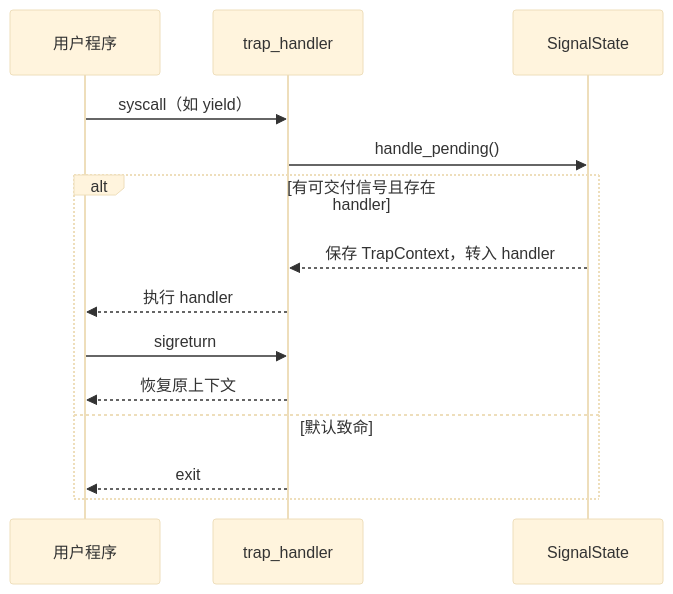
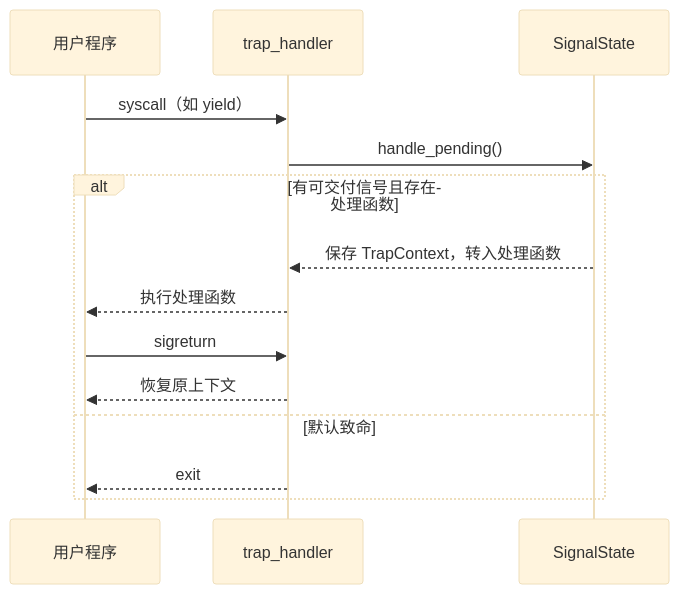
One commit to AM-SuSh/EVOLVE changed the second of 2 diagrams in os-lab/labs/lab7-ipc-signal.md. Above: the diagram before and after it, drawn with Mermaid (base theme). The commit also changed other lines of this file and 18 other files, not shown here.

````diff
--- a/os-lab/labs/lab7-ipc-signal.md
+++ b/os-lab/labs/lab7-ipc-signal.md
@@ -164,16 +167,16 @@
 ```mermaid
 sequenceDiagram
     participant U as 用户程序
     participant T as trap_handler
     participant S as SignalState
     U->>T: syscall（如 yield）
     T->>S: handle_pending()
-    alt 有可交付信号且存在 handler
-        S-->>T: 保存 TrapContext，转入 handler
-        T-->>U: 执行 handler
+    alt 有可交付信号且存在处理函数
+        S-->>T: 保存 TrapContext，转入处理函数
+        T-->>U: 执行处理函数
         U->>T: sigreturn
         T-->>U: 恢复原上下文
     else 默认致命
         T-->>U: exit
     end
 ```
````
